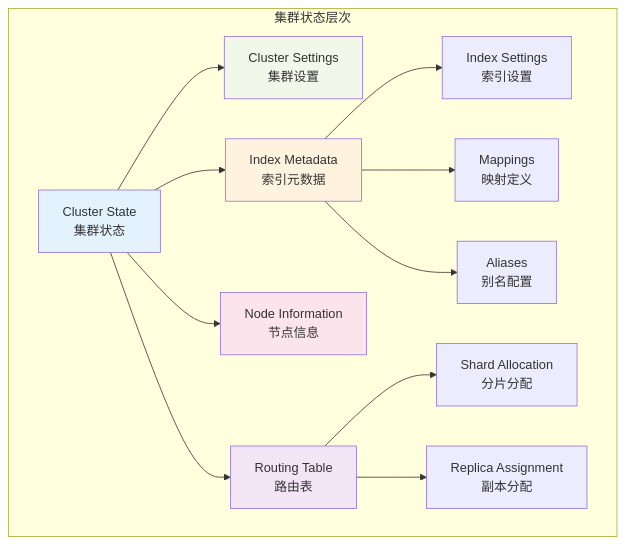
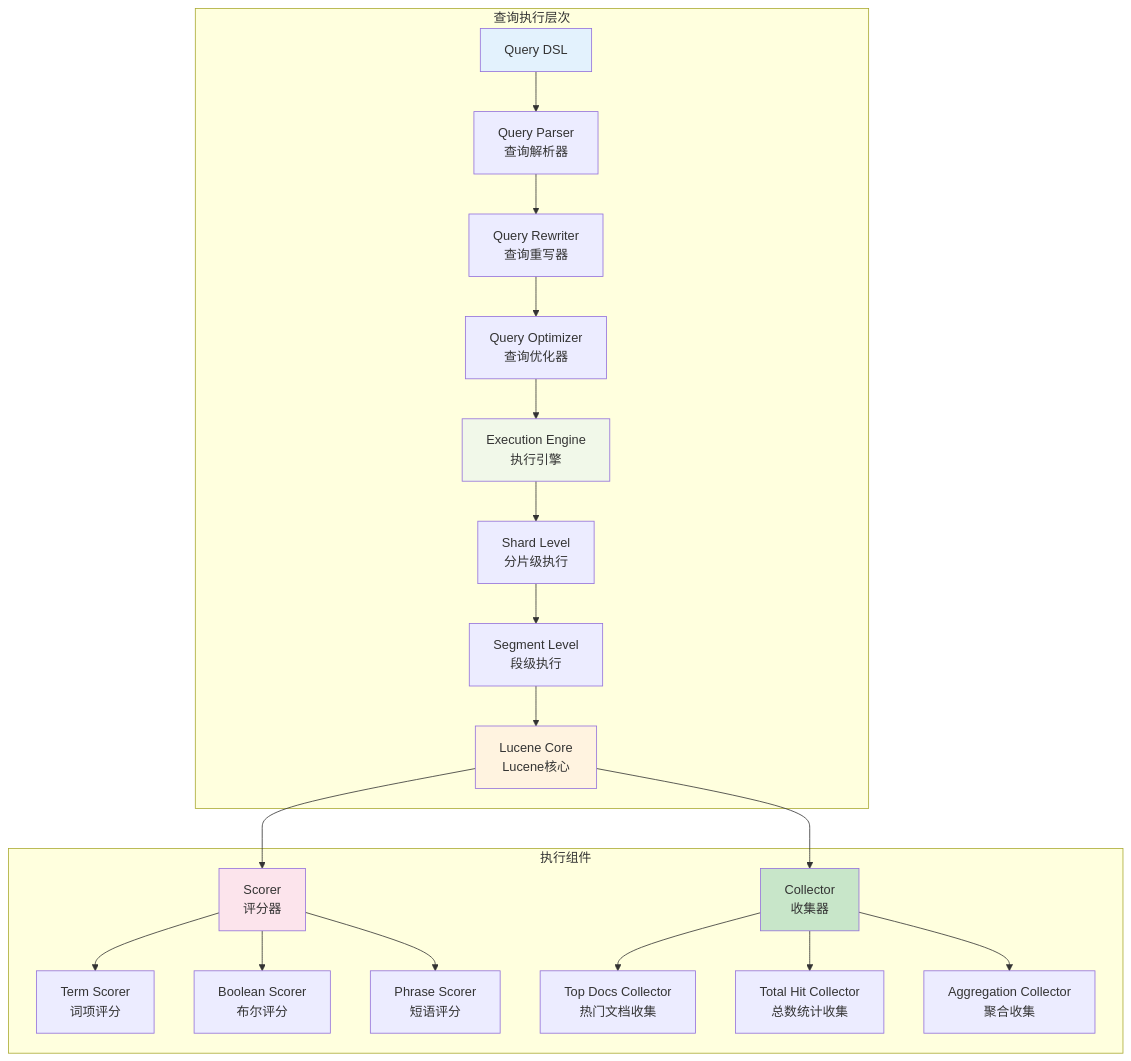
The ninth of 30 diagrams in 32.elasticsearch.md (ralph-wren/TechStack-Handbook), drawn with Mermaid before and after one commit. The commit also changed other lines of this file and 2 other files, not shown here.

````diff
--- a/32.elasticsearch.md
+++ b/32.elasticsearch.md
@@ -628,22 +458,32 @@
 ```mermaid
 graph TB
-    subgraph "集群状态层次"
-        A["Cluster State<br/>集群状态"] --> B["Cluster Settings<br/>集群设置"]
-        A --> C["Index Metadata<br/>索引元数据"]
-        A --> D["Node Information<br/>节点信息"]
-        A --> E["Routing Table<br/>路由表"]
+    subgraph "查询执行层次"
+        A["Query DSL"] --> B["Query Parser<br/>查询解析器"]
+        B --> C["Query Rewriter<br/>查询重写器"]
+        C --> D["Query Optimizer<br/>查询优化器"]
+        D --> E["Execution Engine<br/>执行引擎"]
         
-        C --> C1["Index Settings<br/>索引设置"]
-        C --> C2["Mappings<br/>映射定义"]
-        C --> C3["Aliases<br/>别名配置"]
-        
-        E --> E1["Shard Allocation<br/>分片分配"]
-        E --> E2["Replica Assignment<br/>副本分配"]
+        E --> F["Shard Level<br/>分片级执行"]
+        F --> G["Segment Level<br/>段级执行"]
+        G --> H["Lucene Core<br/>Lucene核心"]
     end
     
+    subgraph "执行组件"
+        I["Scorer<br/>评分器"] --> I1["Term Scorer<br/>词项评分"]
+        I --> I2["Boolean Scorer<br/>布尔评分"]
+        I --> I3["Phrase Scorer<br/>短语评分"]
+        
+        J["Collector<br/>收集器"] --> J1["Top Docs Collector<br/>热门文档收集"]
+        J --> J2["Total Hit Collector<br/>总数统计收集"]
+        J --> J3["Aggregation Collector<br/>聚合收集"]
+    end
+    
+    H --> I
+    H --> J
+    
     style A fill:#e3f2fd
-    style B fill:#f1f8e9
-    style C fill:#fff3e0
-    style D fill:#fce4ec
-    style E fill:#f3e5f5
+    style E fill:#f1f8e9
+    style H fill:#fff3e0
+    style I fill:#fce4ec
+    style J fill:#c8e6c9
 ```
````
